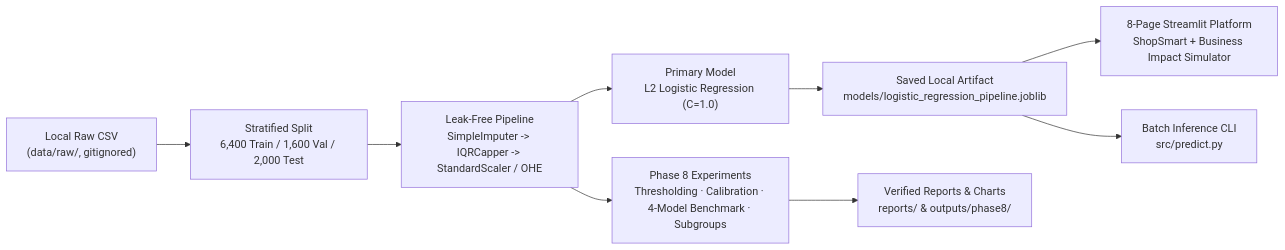
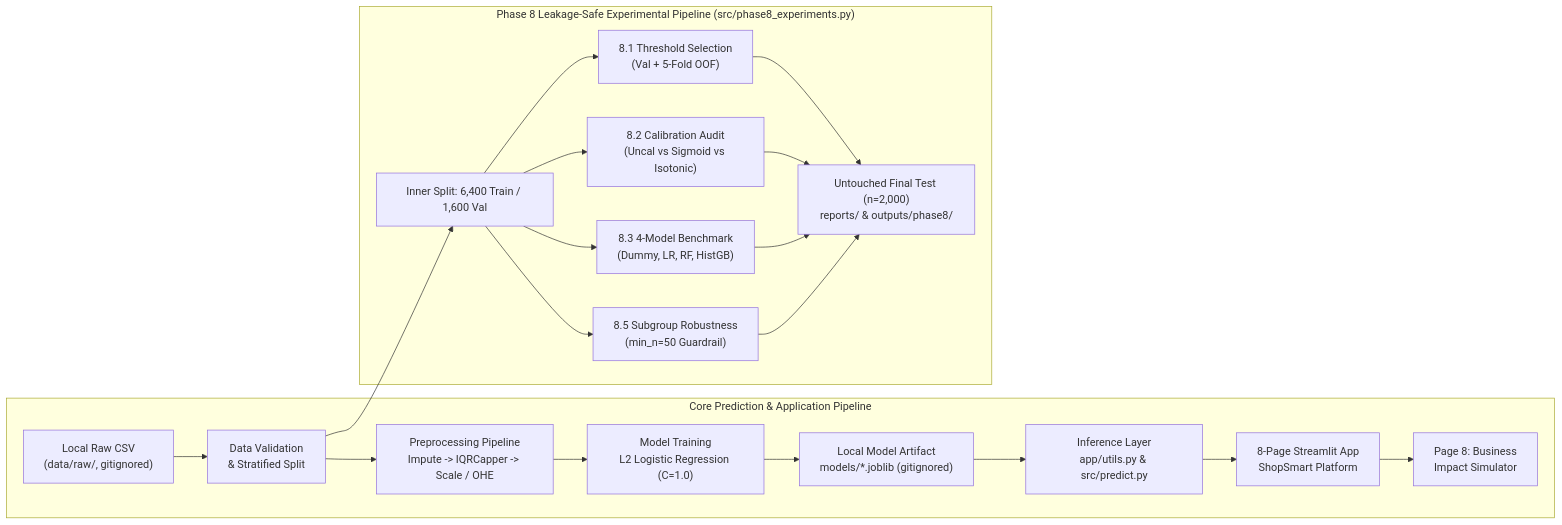
The diagram in ShopSmart-Ecommerce-Purchase-Prediction/README.md (PoojaS-1616/data-analysis), drawn with Mermaid before and after one commit. The commit also changed other lines of this file and 14 other files, not shown here.

Commit message:
docs: upgrade ShopSmart GitHub documentation and portfolio presentation

````diff
--- a/ShopSmart-Ecommerce-Purchase-Prediction/README.md
+++ b/ShopSmart-Ecommerce-Purchase-Prediction/README.md
@@ -22,11 +64,21 @@
 ```mermaid
 flowchart LR
-    A["Local Raw CSV\n(data/raw/, gitignored)"] --> B["Stratified Split\n6,400 Train / 1,600 Val / 2,000 Test"]
-    B --> C["Leak-Free Pipeline\nSimpleImputer -> IQRCapper -> StandardScaler / OHE"]
-    C --> D["Primary Model\nL2 Logistic Regression (C=1.0)"]
-    C --> E["Phase 8 Experiments\nThresholding · Calibration · 4-Model Benchmark · Subgroups"]
-    D --> F["Saved Local Artifact\nmodels/logistic_regression_pipeline.joblib"]
-    F --> G["8-Page Streamlit Platform\nShopSmart + Business Impact Simulator"]
-    F --> H["Batch Inference CLI\nsrc/predict.py"]
-    E --> I["Verified Reports & Charts\nreports/ & outputs/phase8/"]
+    subgraph Main["Core Prediction & Application Pipeline"]
+        A["Local Raw CSV\n(data/raw/, gitignored)"] --> B["Data Validation\n& Stratified Split"]
+        B --> C["Preprocessing Pipeline\nImpute -> IQRCapper -> Scale / OHE"]
+        C --> D["Model Training\nL2 Logistic Regression (C=1.0)"]
+        D --> E["Local Model Artifact\nmodels/*.joblib (gitignored)"]
+        E --> F["Inference Layer\napp/utils.py & src/predict.py"]
+        F --> G["8-Page Streamlit App\nShopSmart Platform"]
+        G --> H["Page 8: Business\nImpact Simulator"]
+    end
+
+    subgraph Exp["Phase 8 Leakage-Safe Experimental Pipeline (src/phase8_experiments.py)"]
+        B --> X1["Inner Split: 6,400 Train / 1,600 Val"]
+        X1 --> X2["8.1 Threshold Selection\n(Val + 5-Fold OOF)"]
+        X1 --> X3["8.2 Calibration Audit\n(Uncal vs Sigmoid vs Isotonic)"]
+        X1 --> X4["8.3 4-Model Benchmark\n(Dummy, LR, RF, HistGB)"]
+        X1 --> X5["8.5 Subgroup Robustness\n(min_n=50 Guardrail)"]
+        X2 & X3 & X4 & X5 --> X6["Untouched Final Test (n=2,000)\nreports/ & outputs/phase8/"]
+    end
 ```
````
